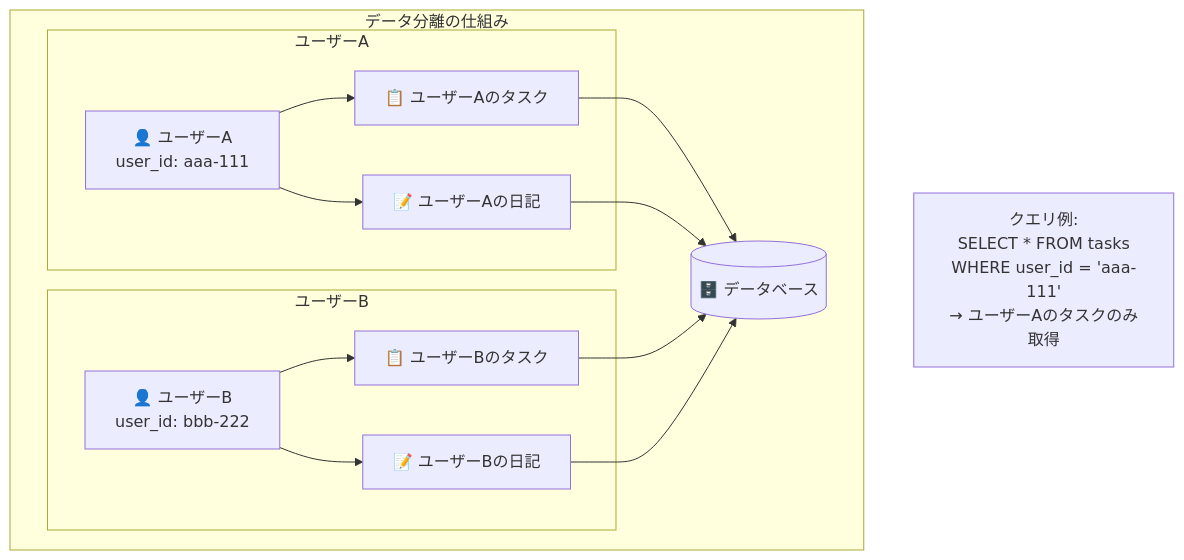
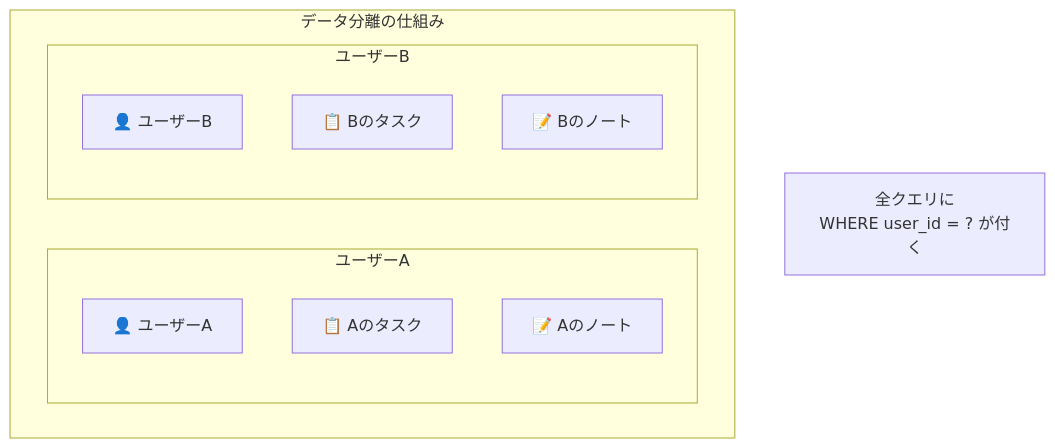
One commit to yu-min3/kensan changed diagram 11 of 15 in mydocs/architecture_guide_for_beginners.md. Above: the diagram before and after it, drawn with Mermaid. The commit also changed other lines of this file and 85 other files, not shown here.

````diff
--- a/mydocs/architecture_guide_for_beginners.md
+++ b/mydocs/architecture_guide_for_beginners.md
@@ -428,30 +541,18 @@
 ```mermaid
 graph TB
     subgraph "データ分離の仕組み"
         subgraph "ユーザーA"
-            UA["👤 ユーザーA<br/>user_id: aaa-111"]
-            PA["📋 ユーザーAのタスク"]
-            DA["📝 ユーザーAの日記"]
+            UA["👤 ユーザーA"]
+            PA["📋 Aのタスク"]
+            NA["📝 Aのノート"]
         end
 
         subgraph "ユーザーB"
-            UB["👤 ユーザーB<br/>user_id: bbb-222"]
-            PB["📋 ユーザーBのタスク"]
-            DB_B["📝 ユーザーBの日記"]
+            UB["👤 ユーザーB"]
+            PB["📋 Bのタスク"]
+            NB["📝 Bのノート"]
         end
-
-        DB[("🗄️ データベース")]
     end
 
-    UA --> PA
-    UA --> DA
-    UB --> PB
-    UB --> DB_B
-
-    PA --> DB
-    DA --> DB
-    PB --> DB
-    DB_B --> DB
-
-    Note["クエリ例:<br/>SELECT * FROM tasks<br/>WHERE user_id = 'aaa-111'<br/>→ ユーザーAのタスクのみ取得"]
+    Note["全クエリに<br/>WHERE user_id = ? が付く"]
 ```
````
